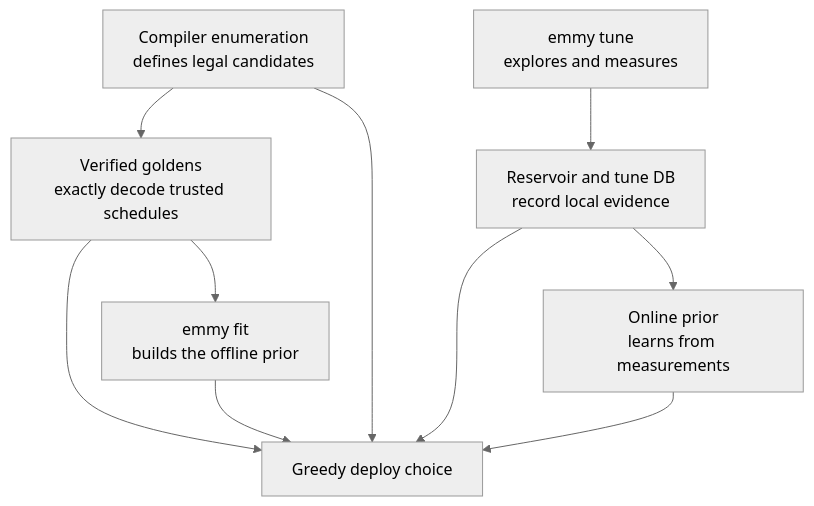
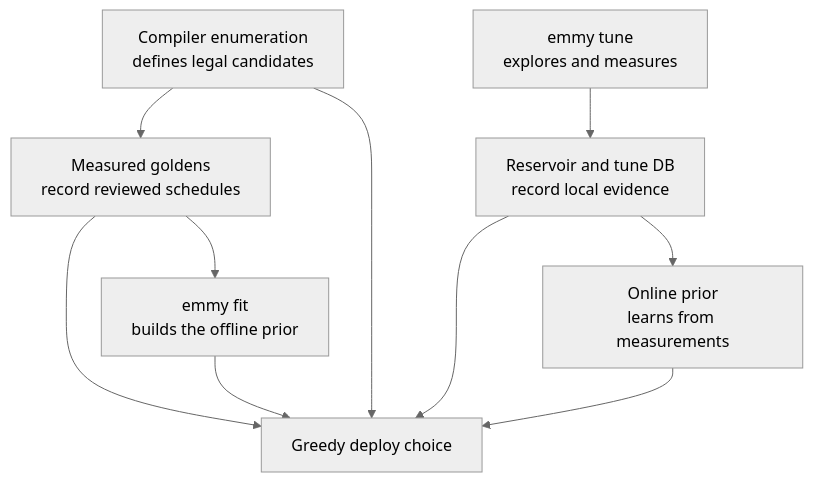
Before and after one commit to cloudrift-ai/emmy: the third of 3 diagrams in docs/docs/course/prior_and_goldens.mdx, drawn with Mermaid (neutral theme). The commit also changed other lines of this file and 5 other files, not shown here.

````diff
--- a/docs/docs/course/prior_and_goldens.mdx
+++ b/docs/docs/course/prior_and_goldens.mdx
@@ -567,12 +570,12 @@
 ```mermaid
 flowchart TB
-    Enum[Compiler enumeration<br/>defines legal candidates] --> Verified[Verified goldens<br/>exactly decode trusted schedules]
+    Enum[Compiler enumeration<br/>defines legal candidates] --> Verified[Measured goldens<br/>record reviewed schedules]
     Tune[emmy tune<br/>explores and measures] --> Local[Reservoir and tune DB<br/>record local evidence]
     Verified --> Deploy[Greedy deploy choice]
     Local --> Deploy
     Verified --> Fit[emmy fit<br/>builds the offline prior]
     Local --> Online[Online prior<br/>learns from measurements]
     Fit --> Deploy
     Online --> Deploy
     Enum --> Deploy
 ```
````
